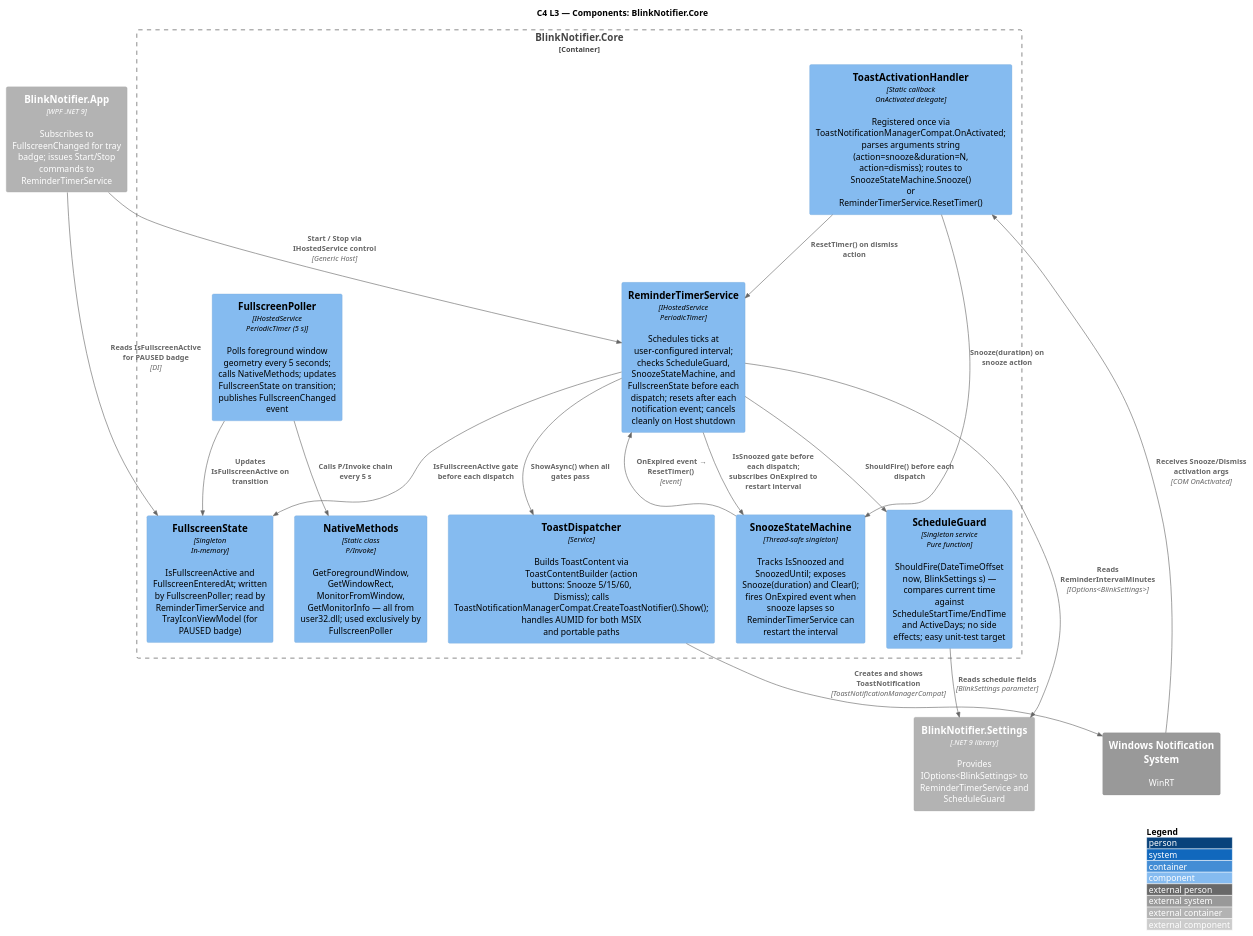
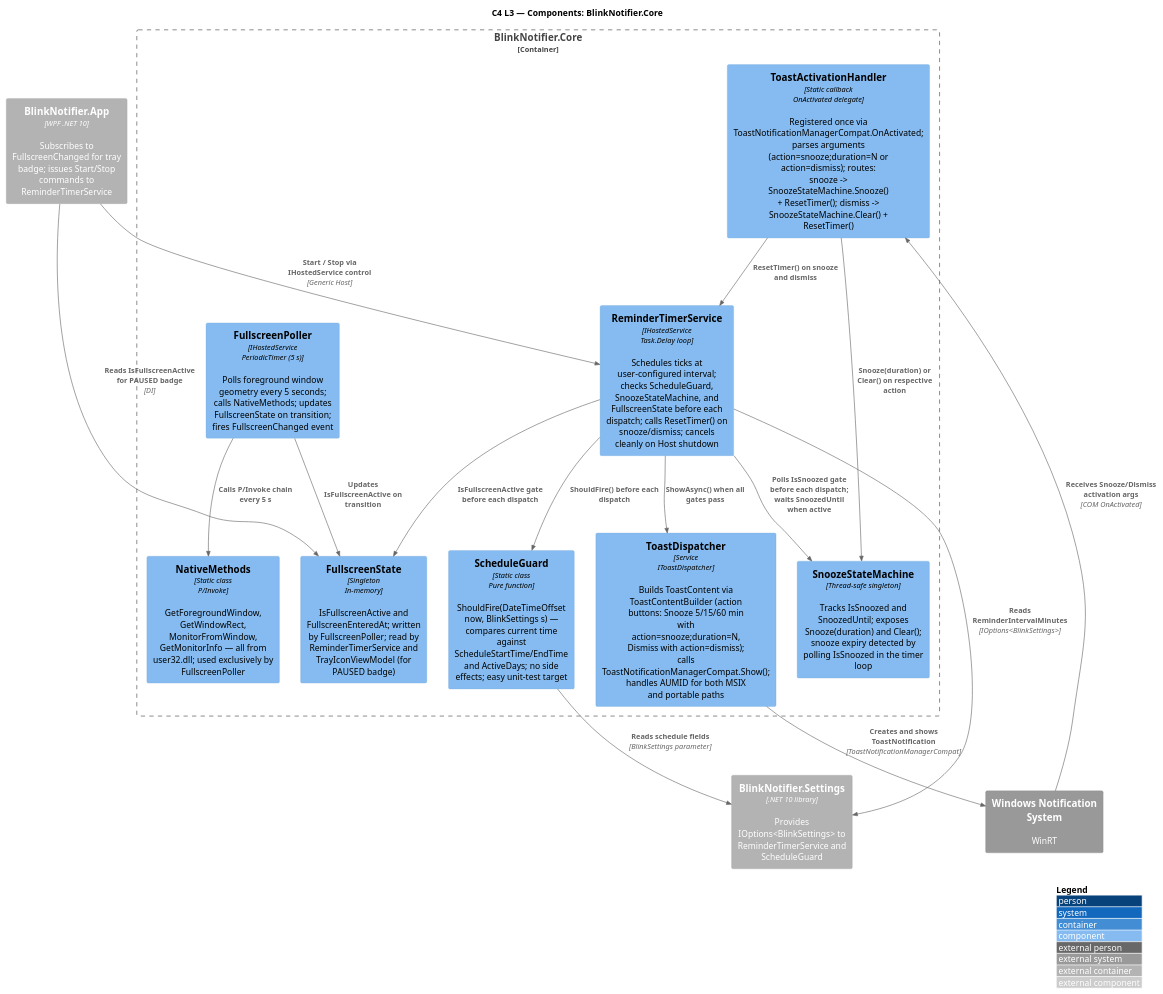
The diagram in docs/diagrams/c3-components-core.puml (abrahamFerga/the-blink-notifier), drawn with PlantUML before and after one commit. The commit also changed 1 other file, not shown here.

Commit message:
docs: fix stale PlantUML diagrams — .NET 9 -> .NET 10, & -> ;, remove OnExpired
c2-containers.puml: .NET 9 -> .NET 10 in all three container descriptions

c3-components-core.puml (full rewrite of stale content):
- SnoozeStateMachine: remove 'fires OnExpired event' — expiry detected by
  polling IsSnoozed in the timer loop
- ToastActivationHandler: & -> ; separator in argument examples; document
  that both snooze and dismiss paths call ResetTimer()
- ReminderTimerService: remove 'subscribes OnExpired' relationship and its
  corresponding Rel() arrow; add accurate description of snooze wait logic
- Container labels: WPF .NET 9 -> WPF .NET 10, .NET 9 library -> .NET 10

```diff
--- a/docs/diagrams/c3-components-core.puml
+++ b/docs/diagrams/c3-components-core.puml
@@ -1,53 +1,51 @@
 @startuml c3-components-core
 !include https://raw.githubusercontent.com/plantuml-stdlib/C4-PlantUML/master/C4_Component.puml
 
 LAYOUT_WITH_LEGEND()
 
 title C4 L3 — Components: BlinkNotifier.Core
 
 Container_Boundary(core, "BlinkNotifier.Core") {
 
-    Component(timer_svc, "ReminderTimerService", "IHostedService\nPeriodicTimer", "Schedules ticks at user-configured interval; checks ScheduleGuard, SnoozeStateMachine, and FullscreenState before each dispatch; resets after each notification event; cancels cleanly on Host shutdown")
+    Component(timer_svc, "ReminderTimerService", "IHostedService\nTask.Delay loop", "Schedules ticks at user-configured interval; checks ScheduleGuard, SnoozeStateMachine, and FullscreenState before each dispatch; calls ResetTimer() on snooze/dismiss; cancels cleanly on Host shutdown")
 
-    Component(snooze_sm, "SnoozeStateMachine", "Thread-safe singleton", "Tracks IsSnoozed and SnoozedUntil; exposes Snooze(duration) and Clear(); fires OnExpired event when snooze lapses so ReminderTimerService can restart the interval")
+    Component(snooze_sm, "SnoozeStateMachine", "Thread-safe singleton", "Tracks IsSnoozed and SnoozedUntil; exposes Snooze(duration) and Clear(); snooze expiry detected by polling IsSnoozed in the timer loop")
 
-    Component(schedule_guard, "ScheduleGuard", "Singleton service\nPure function", "ShouldFire(DateTimeOffset now, BlinkSettings s) — compares current time against ScheduleStartTime/EndTime and ActiveDays; no side effects; easy unit-test target")
+    Component(schedule_guard, "ScheduleGuard", "Static class\nPure function", "ShouldFire(DateTimeOffset now, BlinkSettings s) — compares current time against ScheduleStartTime/EndTime and ActiveDays; no side effects; easy unit-test target")
 
-    Component(fullscreen_poller, "FullscreenPoller", "IHostedService\nPeriodicTimer (5 s)", "Polls foreground window geometry every 5 seconds; calls NativeMethods; updates FullscreenState on transition; publishes FullscreenChanged event")
+    Component(fullscreen_poller, "FullscreenPoller", "IHostedService\nPeriodicTimer (5 s)", "Polls foreground window geometry every 5 seconds; calls NativeMethods; updates FullscreenState on transition; fires FullscreenChanged event")
 
     Component(fullscreen_state, "FullscreenState", "Singleton\nIn-memory", "IsFullscreenActive and FullscreenEnteredAt; written by FullscreenPoller; read by ReminderTimerService and TrayIconViewModel (for PAUSED badge)")
 
-    Component(toast_dispatcher, "ToastDispatcher", "Service", "Builds ToastContent via ToastContentBuilder (action buttons: Snooze 5/15/60, Dismiss); calls ToastNotificationManagerCompat.CreateToastNotifier().Show(); handles AUMID for both MSIX and portable paths")
+    Component(toast_dispatcher, "ToastDispatcher", "Service\nIToastDispatcher", "Builds ToastContent via ToastContentBuilder (action buttons: Snooze 5/15/60 min with action=snooze;duration=N, Dismiss with action=dismiss); calls ToastNotificationManagerCompat.Show(); handles AUMID for both MSIX and portable paths")
 
-    Component(toast_handler, "ToastActivationHandler", "Static callback\nOnActivated delegate", "Registered once via ToastNotificationManagerCompat.OnActivated; parses arguments string (action=snooze&duration=N, action=dismiss); routes to SnoozeStateMachine.Snooze() or ReminderTimerService.ResetTimer()")
+    Component(toast_handler, "ToastActivationHandler", "Static callback\nOnActivated delegate", "Registered once via ToastNotificationManagerCompat.OnActivated; parses arguments (action=snooze;duration=N or action=dismiss); routes: snooze -> SnoozeStateMachine.Snooze() + ResetTimer(); dismiss -> SnoozeStateMachine.Clear() + ResetTimer()")
 
     Component(native_methods, "NativeMethods", "Static class\nP/Invoke", "GetForegroundWindow, GetWindowRect, MonitorFromWindow, GetMonitorInfo — all from user32.dll; used exclusively by FullscreenPoller")
 
 }
 
-Container_Ext(app, "BlinkNotifier.App", "WPF .NET 9", "Subscribes to FullscreenChanged for tray badge; issues Start/Stop commands to ReminderTimerService")
-Container_Ext(settings_lib, "BlinkNotifier.Settings", ".NET 9 library", "Provides IOptions<BlinkSettings> to ReminderTimerService and ScheduleGuard")
+Container_Ext(app, "BlinkNotifier.App", "WPF .NET 10", "Subscribes to FullscreenChanged for tray badge; issues Start/Stop commands to ReminderTimerService")
+Container_Ext(settings_lib, "BlinkNotifier.Settings", ".NET 10 library", "Provides IOptions<BlinkSettings> to ReminderTimerService and ScheduleGuard")
 System_Ext(wintoast, "Windows Notification System", "WinRT")
 
 Rel(app, timer_svc, "Start / Stop via IHostedService control", "Generic Host")
 Rel(app, fullscreen_state, "Reads IsFullscreenActive for PAUSED badge", "DI")
 
 Rel(timer_svc, schedule_guard, "ShouldFire() before each dispatch")
-Rel(timer_svc, snooze_sm, "IsSnoozed gate before each dispatch; subscribes OnExpired to restart interval")
+Rel(timer_svc, snooze_sm, "Polls IsSnoozed gate before each dispatch; waits SnoozedUntil when active")
 Rel(timer_svc, fullscreen_state, "IsFullscreenActive gate before each dispatch")
 Rel(timer_svc, toast_dispatcher, "ShowAsync() when all gates pass")
-
-Rel(snooze_sm, timer_svc, "OnExpired event → ResetTimer()", "event")
 
 Rel(fullscreen_poller, native_methods, "Calls P/Invoke chain every 5 s")
 Rel(fullscreen_poller, fullscreen_state, "Updates IsFullscreenActive on transition")
 
 Rel(toast_dispatcher, wintoast, "Creates and shows ToastNotification", "ToastNotificationManagerCompat")
 Rel_Back(toast_handler, wintoast, "Receives Snooze/Dismiss activation args", "COM OnActivated")
-Rel(toast_handler, snooze_sm, "Snooze(duration) on snooze action")
-Rel(toast_handler, timer_svc, "ResetTimer() on dismiss action")
+Rel(toast_handler, snooze_sm, "Snooze(duration) or Clear() on respective action")
+Rel(toast_handler, timer_svc, "ResetTimer() on snooze and dismiss")
 
 Rel(timer_svc, settings_lib, "Reads ReminderIntervalMinutes", "IOptions<BlinkSettings>")
 Rel(schedule_guard, settings_lib, "Reads schedule fields", "BlinkSettings parameter")
 
 @enduml
```
